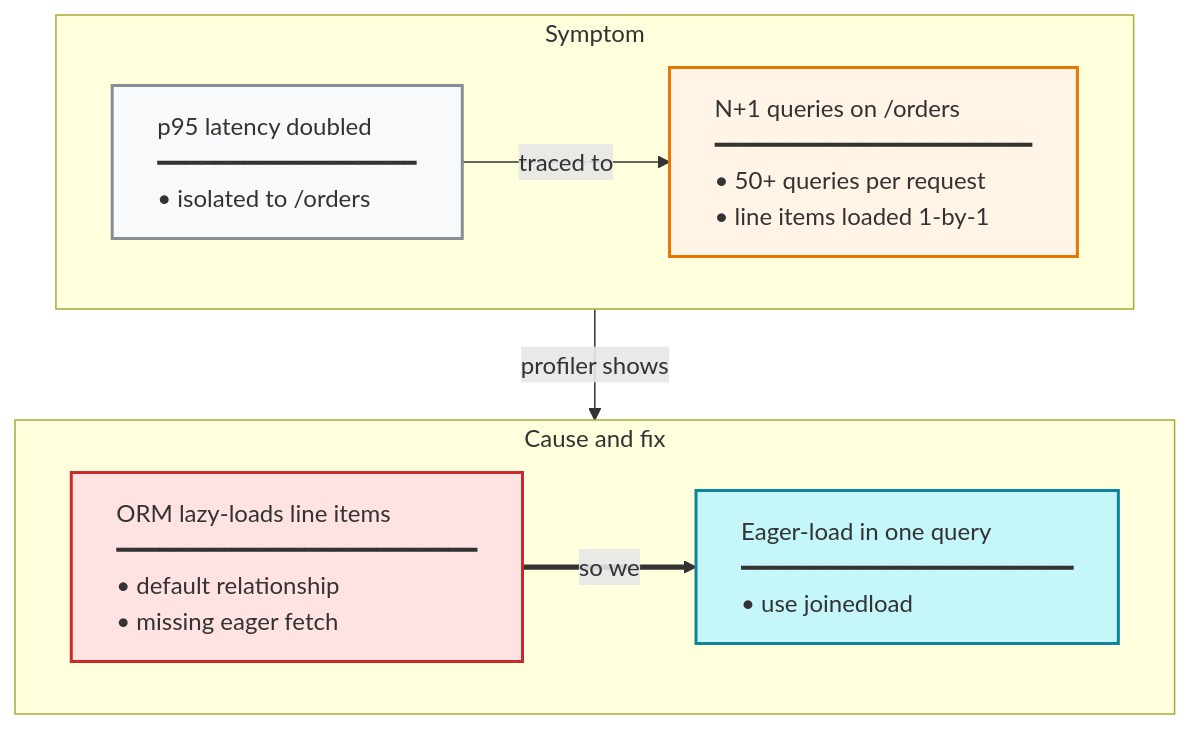
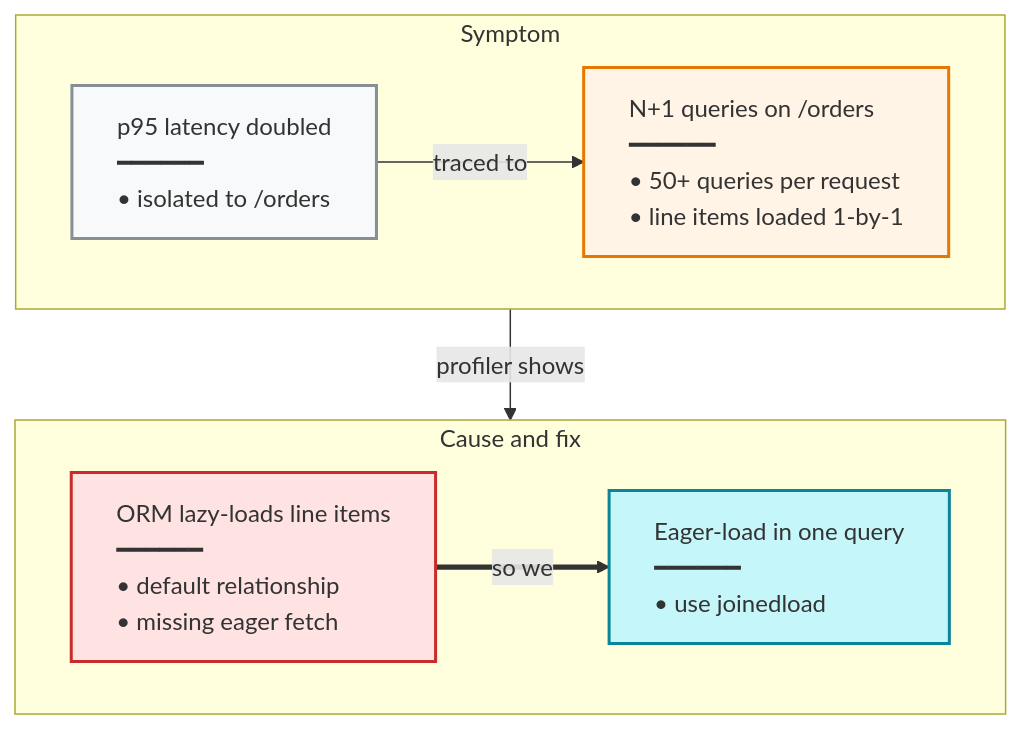
Before and after one commit to kouko/loom-plugins: the diagram in loom-workflow/skills/loom-visualization/templates/04-reasoning-chain.md, drawn with Mermaid. The commit also changed 53 other files, not shown here.

````diff
--- a/loom-workflow/skills/loom-visualization/templates/04-reasoning-chain.md
+++ b/loom-workflow/skills/loom-visualization/templates/04-reasoning-chain.md
@@ -66,16 +66,16 @@
 ```mermaid
 flowchart TD
     subgraph r1["Symptom"]
         direction LR
-        A[<div style='text-align:left'>p95 latency doubled<br/>━━━━━━━━━━━━━━━━━━<br/>• isolated to /orders</div>] -->|"traced to"| B[<div style='text-align:left'>N+1 queries on /orders<br/>━━━━━━━━━━━━━━━━━━━━━━<br/>• 50+ queries per request<br/>• line items loaded 1-by-1</div>]
+        A[<div style='text-align:left'>p95 latency doubled<br/>━━━━━━<br/>• isolated to /orders</div>] -->|"traced to"| B[<div style='text-align:left'>N+1 queries on /orders<br/>━━━━━━<br/>• 50+ queries per request<br/>• line items loaded 1-by-1</div>]
     end
     subgraph r2["Cause and fix"]
         direction LR
-        C[<div style='text-align:left'>ORM lazy-loads line items<br/>━━━━━━━━━━━━━━━━━━━━━━━━━<br/>• default relationship<br/>• missing eager fetch</div>] ==>|"so we"| D[<div style='text-align:left'>Eager-load in one query<br/>━━━━━━━━━━━━━━━━━━━━━━━<br/>• use joinedload</div>]
+        C[<div style='text-align:left'>ORM lazy-loads line items<br/>━━━━━━<br/>• default relationship<br/>• missing eager fetch</div>] ==>|"so we"| D[<div style='text-align:left'>Eager-load in one query<br/>━━━━━━<br/>• use joinedload</div>]
     end
     r1 -->|"profiler shows"| r2
     style A fill:#f8f9fa,stroke:#868e96,stroke-width:2px
     style B fill:#fff4e6,stroke:#e67700,stroke-width:2px
     style C fill:#ffe3e3,stroke:#c92a2a,stroke-width:2px
     style D fill:#c5f6fa,stroke:#0c8599,stroke-width:2px
 ```
````
